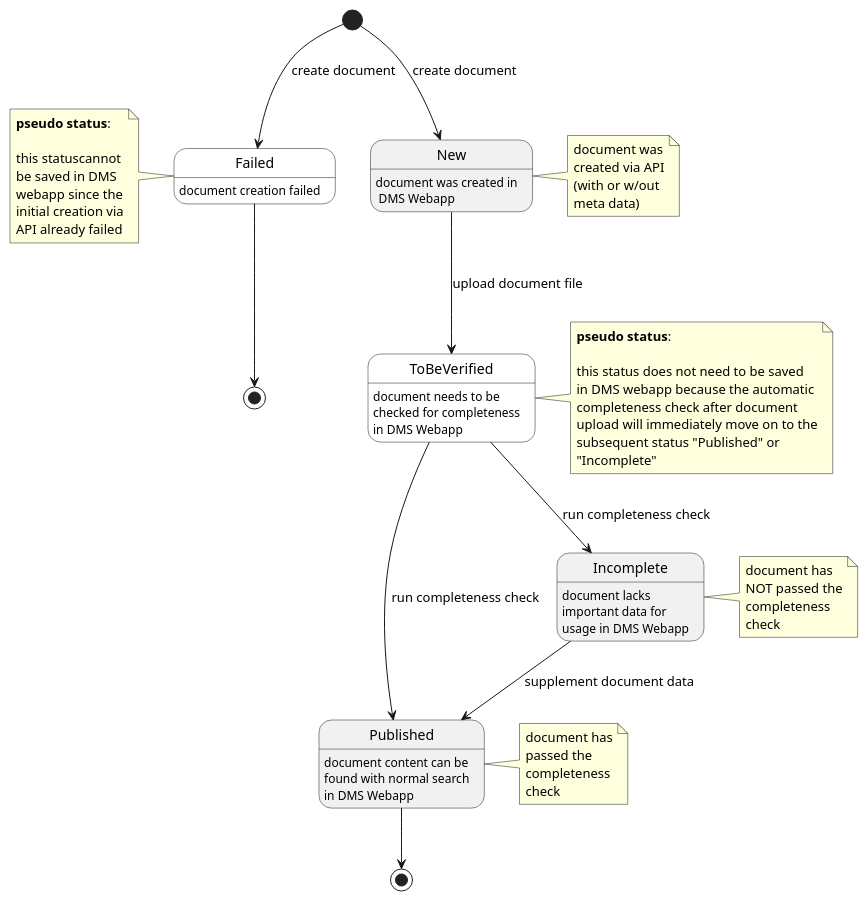
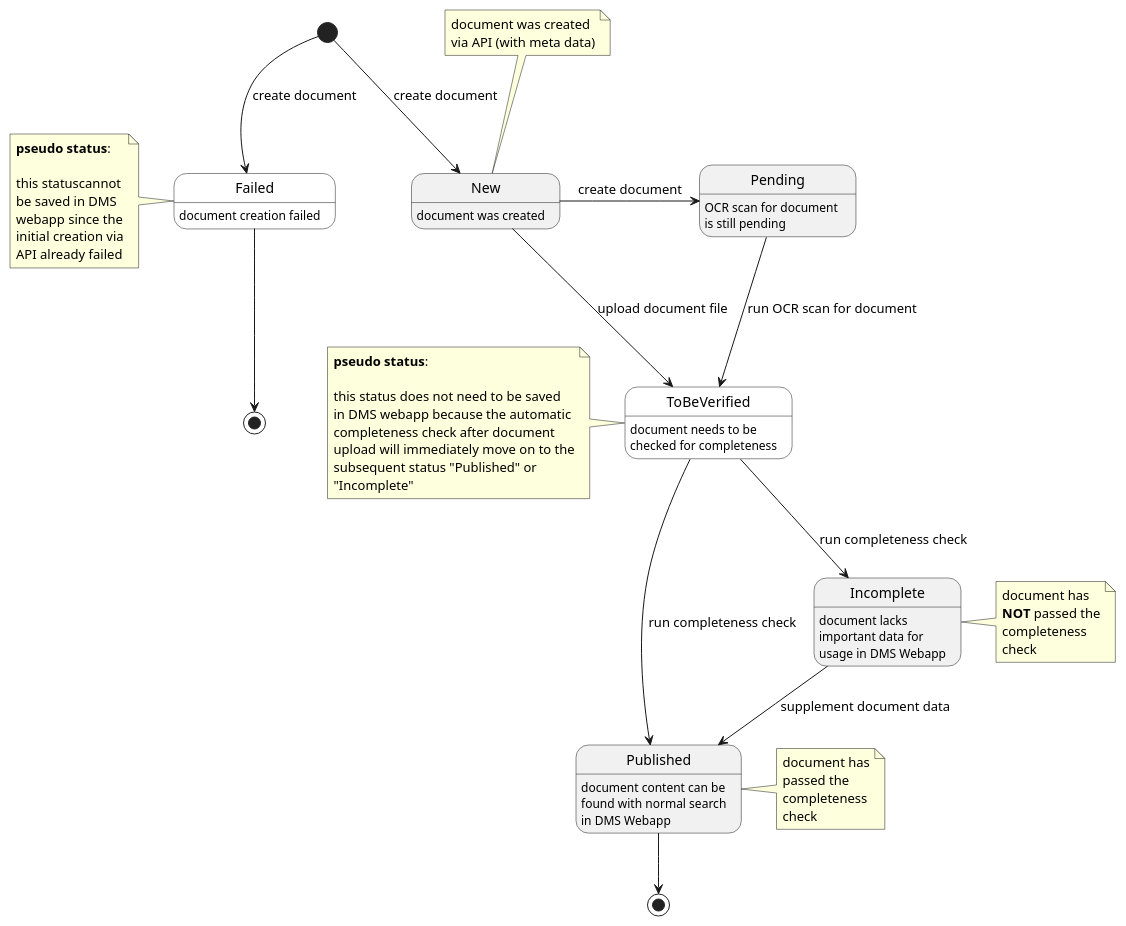
The diagram in docu/document-state-machine.puml (d-lopes/dmsplus), drawn with PlantUML before and after one commit. The commit also changed 17 other files, not shown here.

```diff
--- a/docu/document-state-machine.puml
+++ b/docu/document-state-machine.puml
@@ -1,32 +1,37 @@
 @startuml Document (state machine)
 
 skinparam state {
   BackgroundColor<<Pseudo>> White
 }
 
-state New: document was created in\n DMS Webapp
-state ToBeVerified <<Pseudo>>: document needs to be\nchecked for completeness\nin DMS Webapp
+state New: document was created
+state Pending: OCR scan for document \nis still pending
+state ToBeVerified <<Pseudo>>: document needs to be\nchecked for completeness
 state Incomplete: document lacks \nimportant data for\nusage in DMS Webapp
 state Published: document content can be\nfound with normal search\nin DMS Webapp
 
 state Failed <<Pseudo>>: document creation failed
 
 state EndFailed <<end>>
 state EndSuccess <<end>> 
 
 [*] --> Failed: create document
 note left of Failed: <b>pseudo status</b>:\n\nthis statuscannot\nbe saved in DMS\nwebapp since the\ninitial creation via\nAPI already failed 
 Failed --> EndFailed
 
+New -right-> Pending: create document
+Pending --> ToBeVerified: run OCR scan for document
+
 [*] --> New: create document
-note right of New: document was\ncreated via API\n(with or w/out\nmeta data)
+note top of New: document was created \nvia API (with meta data)
+
 New --> ToBeVerified: upload document file
-note right of ToBeVerified: <b>pseudo status</b>:\n\nthis status does not need to be saved\nin DMS webapp because the automatic\ncompleteness check after document\nupload will immediately move on to the\nsubsequent status "Published" or\n"Incomplete"
+note left of ToBeVerified: <b>pseudo status</b>:\n\nthis status does not need to be saved\nin DMS webapp because the automatic\ncompleteness check after document\nupload will immediately move on to the\nsubsequent status "Published" or\n"Incomplete"
 ToBeVerified --> Published: run completeness check
 note right of Published: document has\npassed the\ncompleteness\ncheck
 ToBeVerified --> Incomplete: run completeness check
-note right of Incomplete: document has\nNOT passed the\ncompleteness\ncheck
+note right of Incomplete: document has\n<b>NOT</b> passed the\ncompleteness\ncheck
 Incomplete --> Published: supplement document data
 Published --> EndSuccess
 
 @enduml
```
